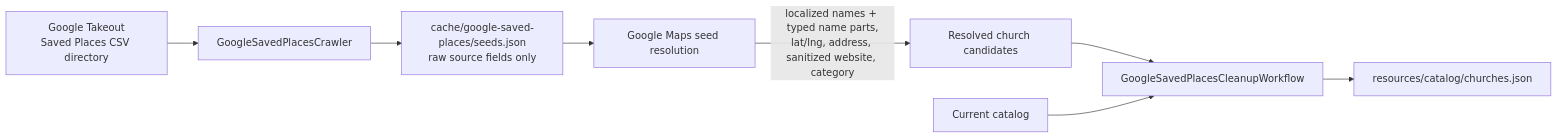
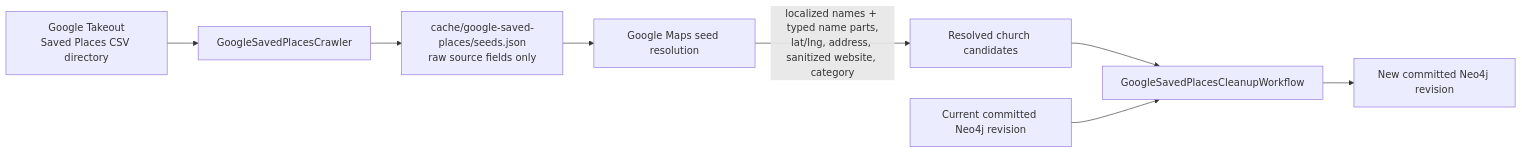
Before and after one commit to crossmapcojp/crossmap: the first of 4 diagrams in crawl/README.md, drawn with Mermaid. The commit also changed other lines of this file and 58 other files, not shown here.

First line of the commit message:
Make Neo4j the canonical church catalog

````diff
--- a/crawl/README.md
+++ b/crawl/README.md
@@ -14,10 +14,10 @@
 ```mermaid
 flowchart LR
     A[Google Takeout<br/>Saved Places CSV directory] --> B[GoogleSavedPlacesCrawler]
     B --> C[cache/google-saved-places/seeds.json<br/>raw source fields only]
     C --> D[Google Maps seed resolution]
     D -- localized names + typed name parts,<br/>lat/lng, address, sanitized website, category --> E[Resolved church candidates]
     E --> I[GoogleSavedPlacesCleanupWorkflow]
-    F[Current catalog] --> I
-    I --> J[resources/catalog/churches.json]
+    F[Current committed Neo4j revision] --> I
+    I --> J[New committed Neo4j revision]
 ```
````
